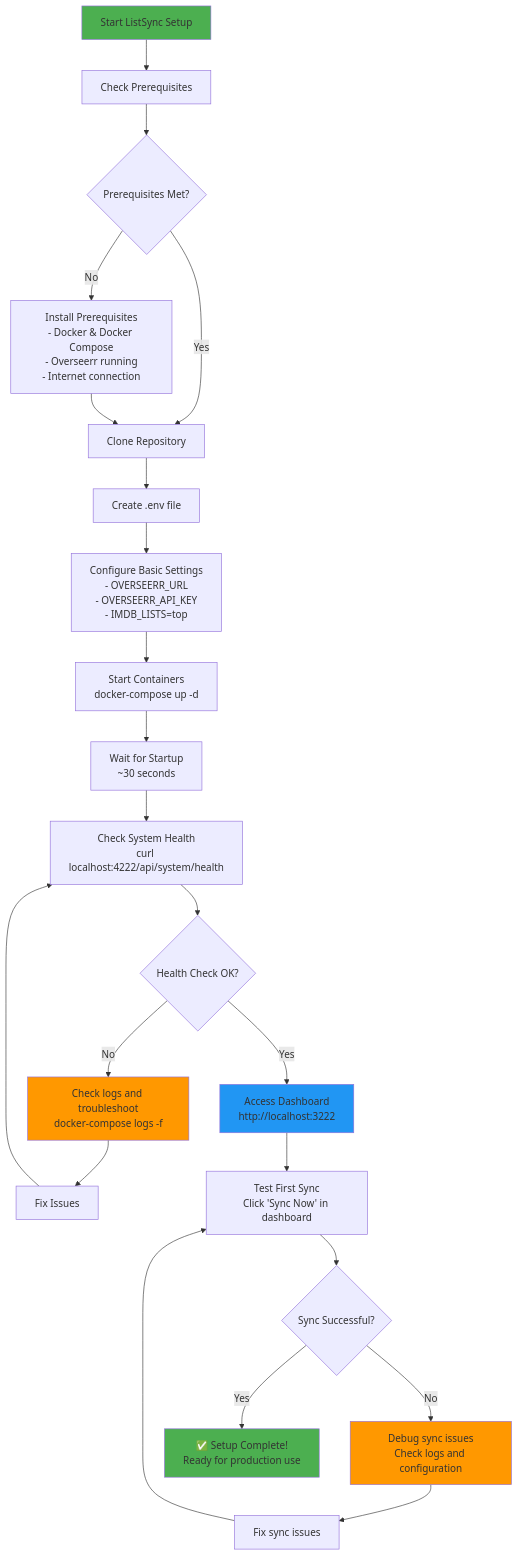
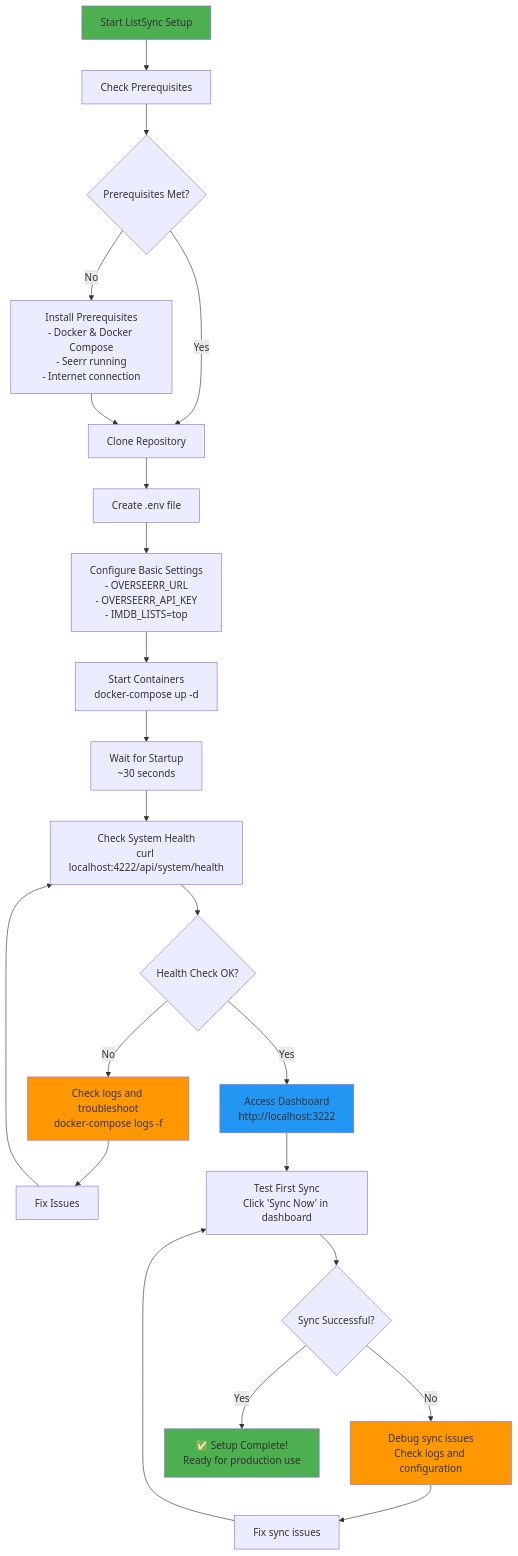
Before and after one commit to KaHooli/list-sync: the first of 5 diagrams in docs/docsnew/user-guide.md, drawn with Mermaid. The commit also changed other lines of this file and 74 other files, not shown here.

````diff
--- a/docs/docsnew/user-guide.md
+++ b/docs/docsnew/user-guide.md
@@ -21,36 +21,36 @@
 ```mermaid
 flowchart TD
     Start[Start ListSync Setup] --> CheckReq[Check Prerequisites]
     CheckReq --> Prereq{Prerequisites Met?}
-    Prereq -->|No| InstallReq[Install Prerequisites<br/>- Docker & Docker Compose<br/>- Overseerr running<br/>- Internet connection]
+    Prereq -->|No| InstallReq[Install Prerequisites<br/>- Docker & Docker Compose<br/>- Seerr running<br/>- Internet connection]
     Prereq -->|Yes| CloneRepo[Clone Repository]
     
     InstallReq --> CloneRepo
     CloneRepo --> CreateEnv[Create .env file]
     CreateEnv --> ConfigBasic[Configure Basic Settings<br/>- OVERSEERR_URL<br/>- OVERSEERR_API_KEY<br/>- IMDB_LISTS=top]
     
     ConfigBasic --> StartContainers[Start Containers<br/>docker-compose up -d]
     StartContainers --> WaitStart[Wait for Startup<br/>~30 seconds]
     WaitStart --> CheckHealth[Check System Health<br/>curl localhost:4222/api/system/health]
     
     CheckHealth --> HealthOK{Health Check OK?}
     HealthOK -->|No| Troubleshoot[Check logs and troubleshoot<br/>docker-compose logs -f]
     HealthOK -->|Yes| AccessDashboard[Access Dashboard<br/>http://localhost:3222]
     
     Troubleshoot --> FixIssues[Fix Issues]
     FixIssues --> CheckHealth
     
     AccessDashboard --> TestSync[Test First Sync<br/>Click 'Sync Now' in dashboard]
     TestSync --> SyncOK{Sync Successful?}
     SyncOK -->|No| DebugSync[Debug sync issues<br/>Check logs and configuration]
     SyncOK -->|Yes| SetupComplete[✅ Setup Complete!<br/>Ready for production use]
     
     DebugSync --> FixSync[Fix sync issues]
     FixSync --> TestSync
     
     style Start fill:#4CAF50
     style SetupComplete fill:#4CAF50
     style Troubleshoot fill:#FF9800
     style DebugSync fill:#FF9800
     style AccessDashboard fill:#2196F3
 ```
````
